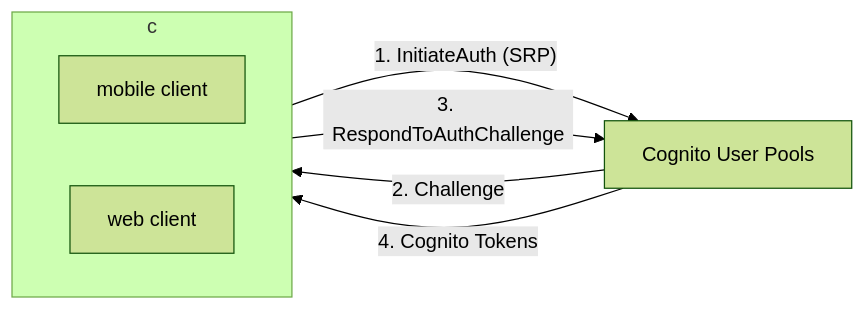
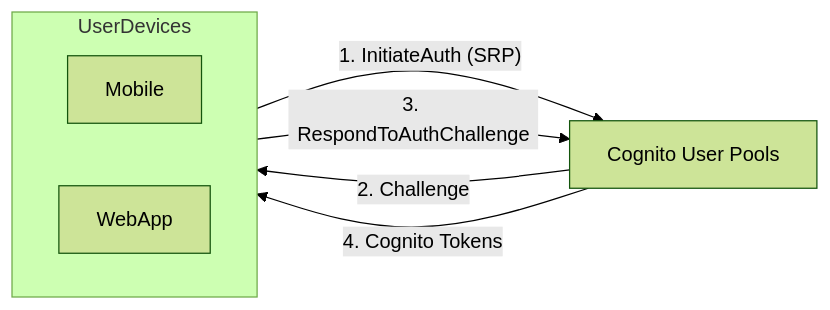
One commit to cool21540125/documentation-notes changed the third of 7 diagrams in aws/Cognito.md. Above: the diagram before and after it, drawn with Mermaid (forest theme). The commit also changed other lines of this file and 10 other files, not shown here.

````diff
--- a/aws/Cognito.md
+++ b/aws/Cognito.md
@@ -41,15 +46,15 @@
-    ```mermaid
-    flowchart LR
+```mermaid
+flowchart LR
 
-    cup["Cognito User Pools"]
-    subgraph c
-        direction LR
-        m["mobile client"]
-        w["web client"]
-    end
+cup["Cognito User Pools"]
+subgraph UserDevices
+    direction LR
+    m["Mobile"]
+    w["WebApp"]
+end
 
-    c -- "1. InitiateAuth (SRP)" --> cup;
-    cup -- "2. Challenge" --> c;
-    c -- "3. RespondToAuthChallenge" --> cup;
-    cup -- "4. Cognito Tokens" --> c;
-    ```
+UserDevices -- "1. InitiateAuth (SRP)" --> cup;
+cup -- "2. Challenge" --> UserDevices;
+UserDevices -- "3. RespondToAuthChallenge" --> cup;
+cup -- "4. Cognito Tokens" --> UserDevices;
+```
````
